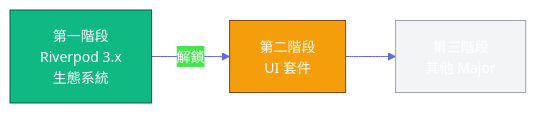
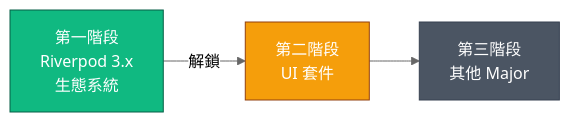
Before and after one commit to Neal75418/afterclose: the first of 3 diagrams in docs/PENDING_UPGRADES.md, drawn with Mermaid. The commit also changed other lines of this file and 6 other files, not shown here.

First line of the commit message:
docs: update documentation — test counts, dark-mode Mermaid, CHANGELOG entries, anchor fixes

````diff
--- a/docs/PENDING_UPGRADES.md
+++ b/docs/PENDING_UPGRADES.md
@@ -11,13 +11,13 @@
 ```mermaid
-%%{init: {'theme': 'base', 'themeVariables': {'primaryColor': '#4F46E5', 'primaryTextColor': '#fff', 'primaryBorderColor': '#3730A3', 'lineColor': '#6366F1', 'fontSize': '14px'}}}%%
+%%{init: {'theme': 'neutral'}}%%
 flowchart LR
     S1["第一階段\nRiverpod 3.x\n生態系統"]
     S2["第二階段\nUI 套件"]
     S3["第三階段\n其他 Major"]
 
     S1 -->|解鎖| S2 --> S3
 
     style S1 fill:#10B981,stroke:#065F46,color:#fff
     style S2 fill:#F59E0B,stroke:#92400E,color:#fff
-    style S3 fill:#F3F4F6,stroke:#9CA3AF
+    style S3 fill:#4B5563,color:#fff,stroke:#374151
 ```
````
